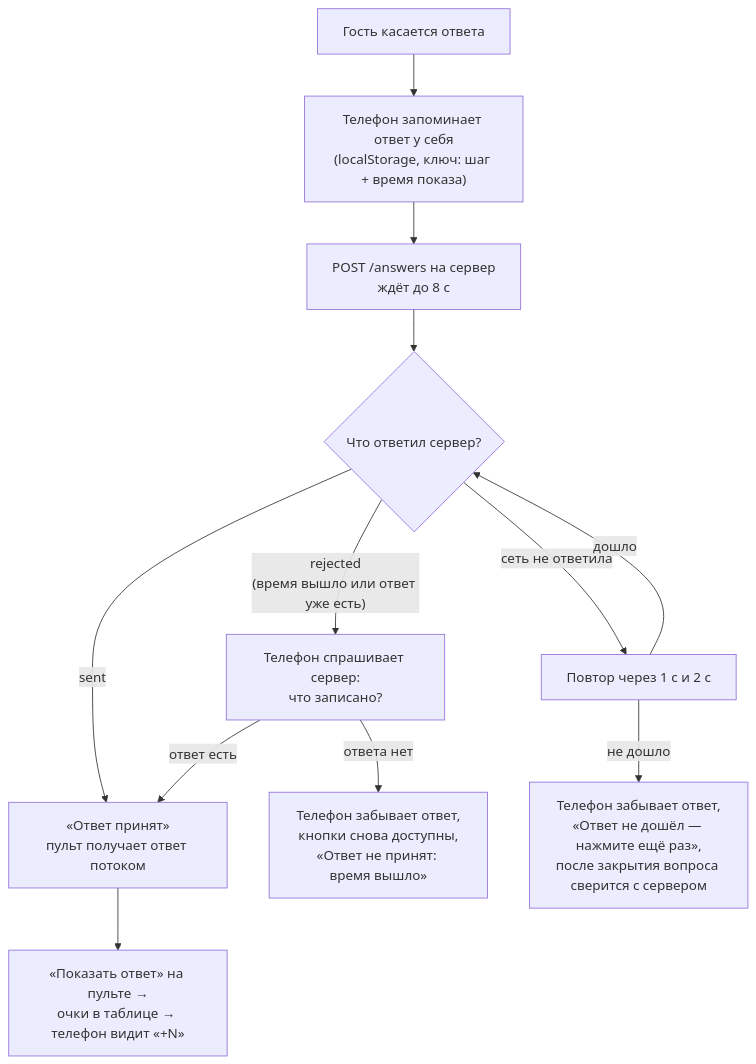
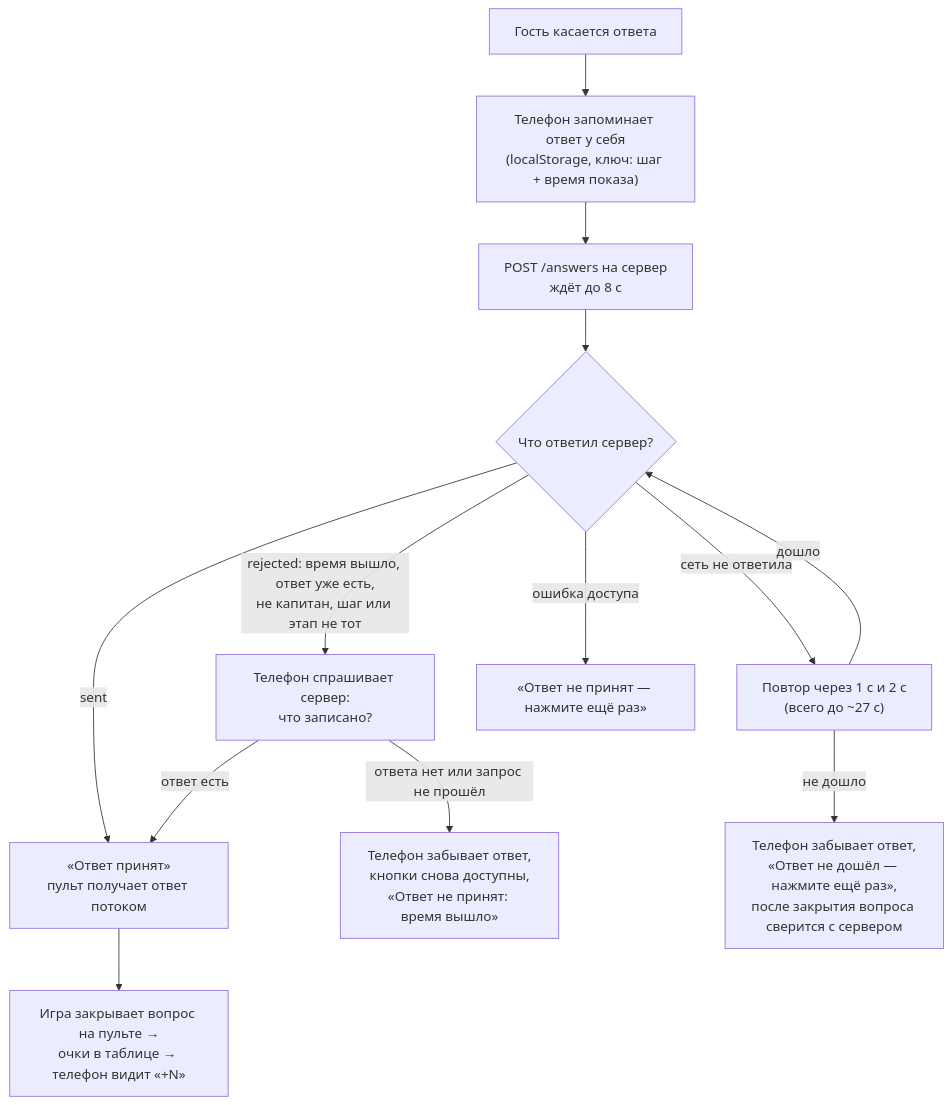
One commit to Joonde/joyrest-games changed the third of 4 diagrams in src/mechanics/LOGIC.common.md. Above: the diagram before and after it, drawn with Mermaid. The commit also changed other lines of this file and 1 other file, not shown here.

````diff
--- a/src/mechanics/LOGIC.common.md
+++ b/src/mechanics/LOGIC.common.md
@@ -94,14 +107,15 @@
 ```mermaid
 flowchart TD
     A["Гость касается ответа"] --> B["Телефон запоминает ответ у себя<br/>(localStorage, ключ: шаг + время показа)"]
     B --> C["POST /answers на сервер<br/>ждёт до 8 с"]
     C --> D{"Что ответил сервер?"}
     D -- "sent" --> E["«Ответ принят»<br/>пульт получает ответ потоком"]
-    D -- "rejected<br/>(время вышло или ответ уже есть)" --> F["Телефон спрашивает сервер:<br/>что записано?"]
+    D -- "rejected: время вышло, ответ уже есть,<br/>не капитан, шаг или этап не тот" --> F["Телефон спрашивает сервер:<br/>что записано?"]
     F -- "ответ есть" --> E
-    F -- "ответа нет" --> G["Телефон забывает ответ,<br/>кнопки снова доступны,<br/>«Ответ не принят: время вышло»"]
-    D -- "сеть не ответила" --> H["Повтор через 1 с и 2 с"]
+    F -- "ответа нет или запрос не прошёл" --> G["Телефон забывает ответ,<br/>кнопки снова доступны,<br/>«Ответ не принят: время вышло»"]
+    D -- "сеть не ответила" --> H["Повтор через 1 с и 2 с<br/>(всего до ~27 с)"]
     H -- "дошло" --> D
     H -- "не дошло" --> I["Телефон забывает ответ,<br/>«Ответ не дошёл — нажмите ещё раз»,<br/>после закрытия вопроса сверится с сервером"]
-    E --> J["«Показать ответ» на пульте →<br/>очки в таблице → телефон видит «+N»"]
+    D -- "ошибка доступа" --> I2["«Ответ не принят — нажмите ещё раз»"]
+    E --> J["Игра закрывает вопрос на пульте →<br/>очки в таблице → телефон видит «+N»"]
 ```
````
